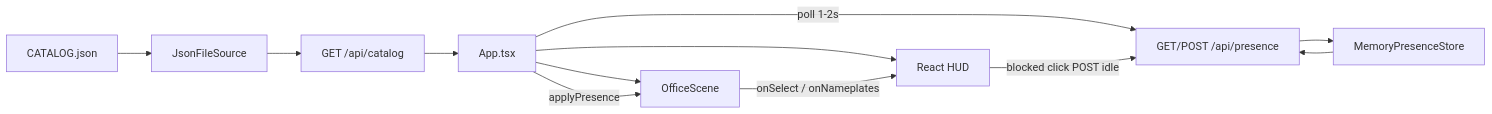
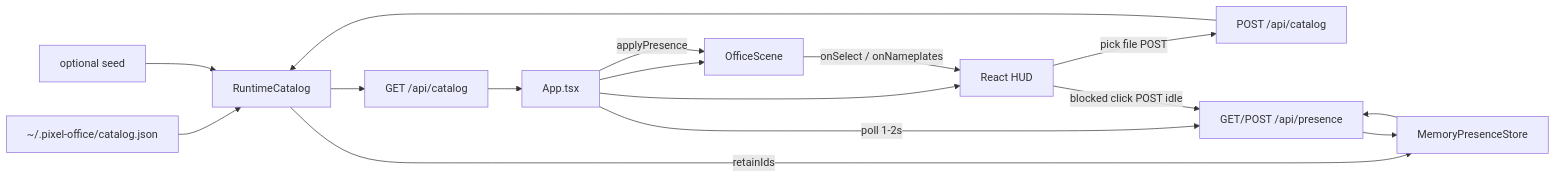
Before and after one commit to 0x00pluto/evo-pixel-staff-office: the diagram in docs/dev-guide.md, drawn with Mermaid. The commit also changed other lines of this file and 18 other files, not shown here.

First line of the commit message:
feat(catalog): 运行时花名册 POST 注入与空态启动

````diff
--- a/docs/dev-guide.md
+++ b/docs/dev-guide.md
@@ -81,23 +82,29 @@
 ```mermaid
 flowchart LR
-  catalogJson["CATALOG.json"]
-  source["JsonFileSource"]
-  api["GET /api/catalog"]
+  userdir["~/.pixel-office/catalog.json"]
+  seed["optional seed"]
+  runtime["RuntimeCatalog"]
+  apiGet["GET /api/catalog"]
+  apiPost["POST /api/catalog"]
   presenceApi["GET/POST /api/presence"]
   store["MemoryPresenceStore"]
   app["App.tsx"]
   game["OfficeScene"]
   hud["React HUD"]
 
-  catalogJson --> source
-  source --> api
-  api --> app
+  userdir --> runtime
+  seed --> runtime
+  runtime --> apiGet
+  apiPost --> runtime
+  runtime -->|"retainIds"| store
+  apiGet --> app
   presenceApi --> store
   store --> presenceApi
   app -->|"poll 1-2s"| presenceApi
   app --> game
   app --> hud
+  hud -->|"pick file POST"| apiPost
   game -->|"onSelect / onNameplates"| hud
   app -->|"applyPresence"| game
   hud -->|"blocked click POST idle"| presenceApi
 ```
````
